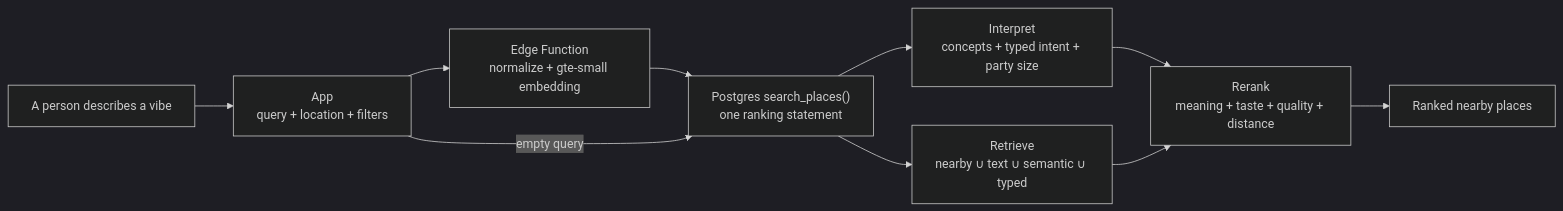
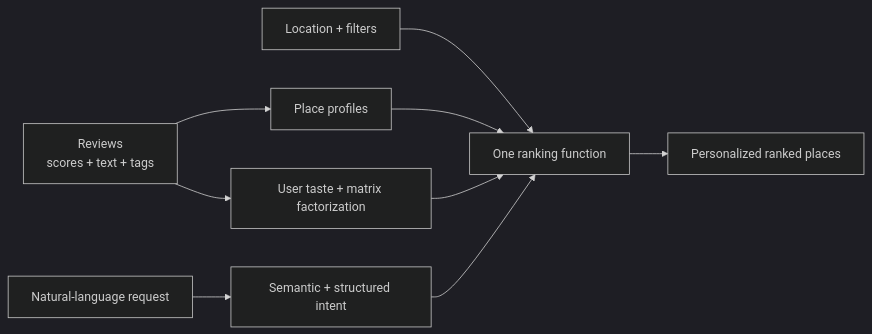
The diagram in README.md (alexvillagomez/table-writeup), drawn with Mermaid (dark theme) before and after one commit. The commit also changed other lines of this file, not shown here.

````diff
--- a/README.md
+++ b/README.md
@@ -78,12 +72,11 @@
 ```mermaid
 flowchart LR
-  U["A person describes a vibe"] --> A["App<br/>query + location + filters"]
-  A --> E["Edge Function<br/>normalize + gte-small embedding"]
-  E --> S["Postgres search_places()<br/>one ranking statement"]
-  A -->|empty query| S
-  S --> I["Interpret<br/>concepts + typed intent + party size"]
-  S --> C["Retrieve<br/>nearby ∪ text ∪ semantic ∪ typed"]
-  I --> R["Rerank<br/>meaning + taste + quality + distance"]
-  C --> R
-  R --> O["Ranked nearby places"]
+  V["Reviews<br/>scores + text + tags"] --> P["Place profiles"]
+  V --> U["User taste + matrix factorization"]
+  Q["Natural-language request"] --> S["Semantic + structured intent"]
+  L["Location + filters"] --> R["One ranking function"]
+  P --> R
+  U --> R
+  S --> R
+  R --> O["Personalized ranked places"]
 ```
````
